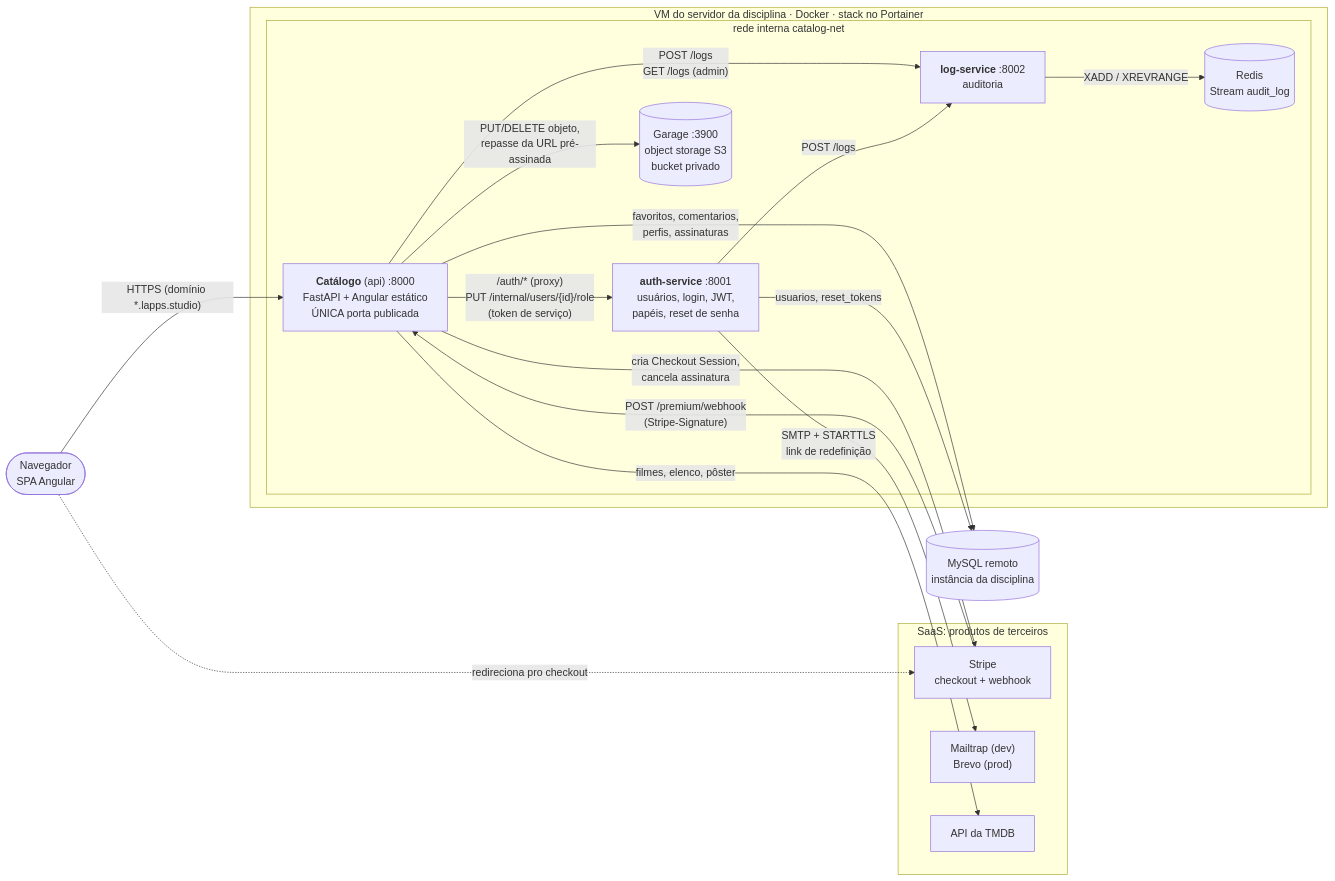
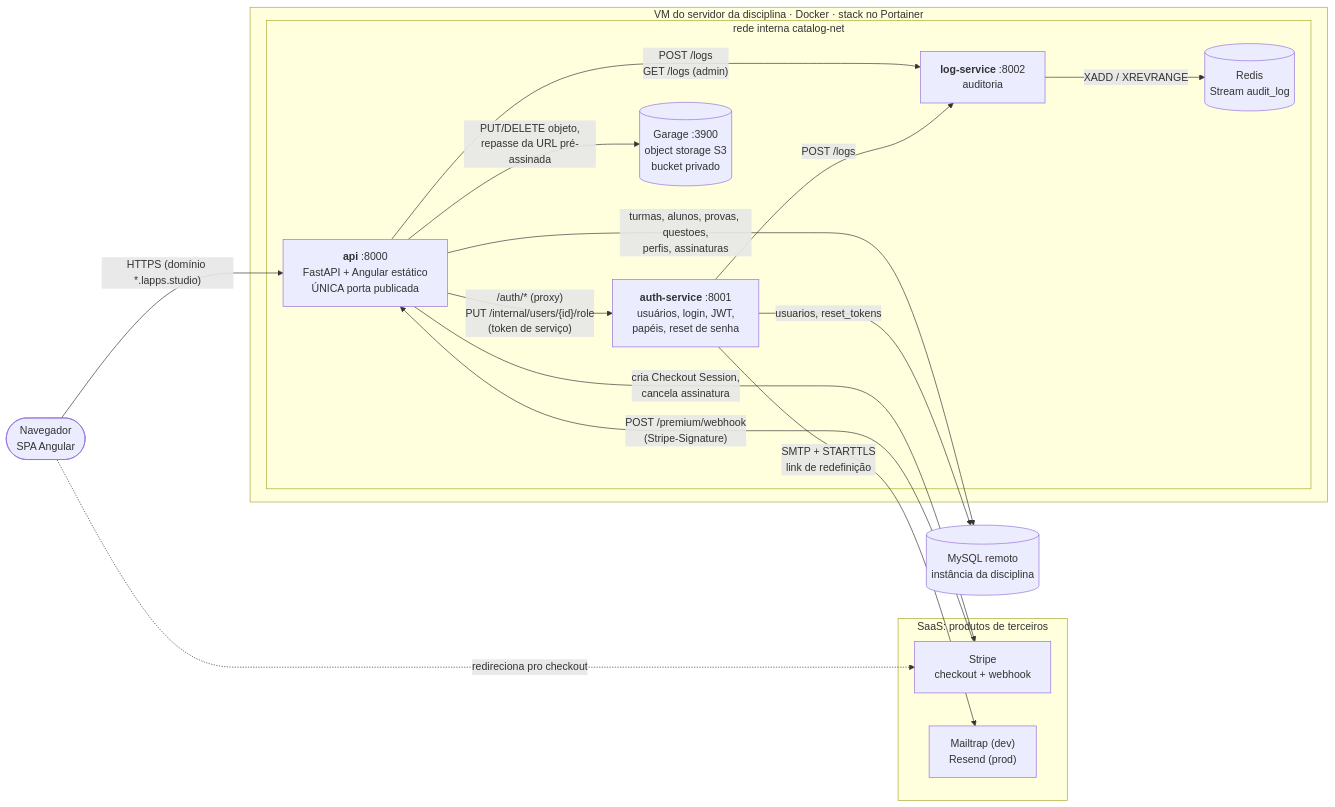
One commit to leonardoricci-tsi/ProvaPronta changed the first of 2 diagrams in DOCUMENTACAO.md. Above: the diagram before and after it, drawn with Mermaid. The commit also changed other lines of this file and 2 other files, not shown here.

Commit message:
docs: README for activity 10 (live URL, architecture, R1-R10 map, demo account), business plan moved to docs, system documentation rewritten

````diff
--- a/DOCUMENTACAO.md
+++ b/DOCUMENTACAO.md
@@ -77,38 +71,36 @@
 ```mermaid
 flowchart LR
     U(["Navegador<br/>SPA Angular"])
 
     subgraph SaaS["SaaS: produtos de terceiros"]
         STRIPE["Stripe<br/>checkout + webhook"]
-        SMTP["Mailtrap (dev)<br/>Brevo (prod)"]
-        TMDB["API da TMDB"]
+        SMTP["Mailtrap (dev)<br/>Resend (prod)"]
     end
 
     subgraph VM["VM do servidor da disciplina · Docker · stack no Portainer"]
         subgraph NET["rede interna catalog-net"]
-            API["<b>Catálogo</b> (api) :8000<br/>FastAPI + Angular estático<br/>ÚNICA porta publicada"]
+            API["<b>api</b> :8000<br/>FastAPI + Angular estático<br/>ÚNICA porta publicada"]
             AUTH["<b>auth-service</b> :8001<br/>usuários, login, JWT,<br/>papéis, reset de senha"]
             LOG["<b>log-service</b> :8002<br/>auditoria"]
             REDIS[("Redis<br/>Stream audit_log")]
             GARAGE[("Garage :3900<br/>object storage S3<br/>bucket privado")]
         end
     end
 
     MYSQL[("MySQL remoto<br/>instância da disciplina")]
 
     U -- "HTTPS (domínio *.lapps.studio)" --> API
     U -. "redireciona pro checkout" .-> STRIPE
     STRIPE -- "POST /premium/webhook<br/>(Stripe-Signature)" --> API
     API -- "cria Checkout Session,<br/>cancela assinatura" --> STRIPE
 
     API -- "/auth/* (proxy)<br/>PUT /internal/users/{id}/role<br/>(token de serviço)" --> AUTH
     API -- "POST /logs<br/>GET /logs (admin)" --> LOG
     AUTH -- "POST /logs" --> LOG
     LOG -- "XADD / XREVRANGE" --> REDIS
     API -- "PUT/DELETE objeto,<br/>repasse da URL pré-assinada" --> GARAGE
-    API -- "filmes, elenco, pôster" --> TMDB
     AUTH -- "SMTP + STARTTLS<br/>link de redefinição" --> SMTP
 
-    API -- "favoritos, comentarios,<br/>perfis, assinaturas" --> MYSQL
+    API -- "turmas, alunos, provas, questoes,<br/>perfis, assinaturas" --> MYSQL
     AUTH -- "usuarios, reset_tokens" --> MYSQL
 ```
````
